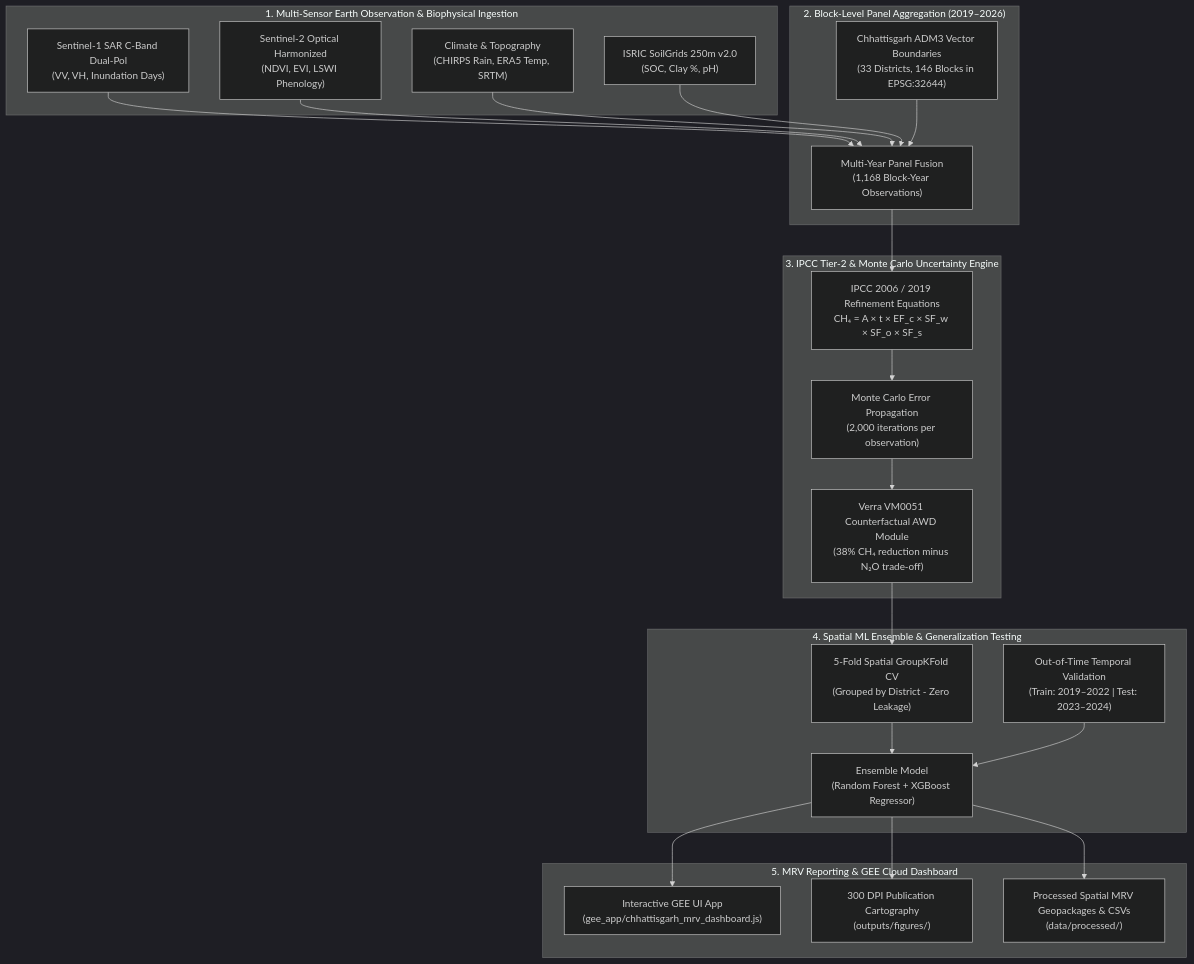
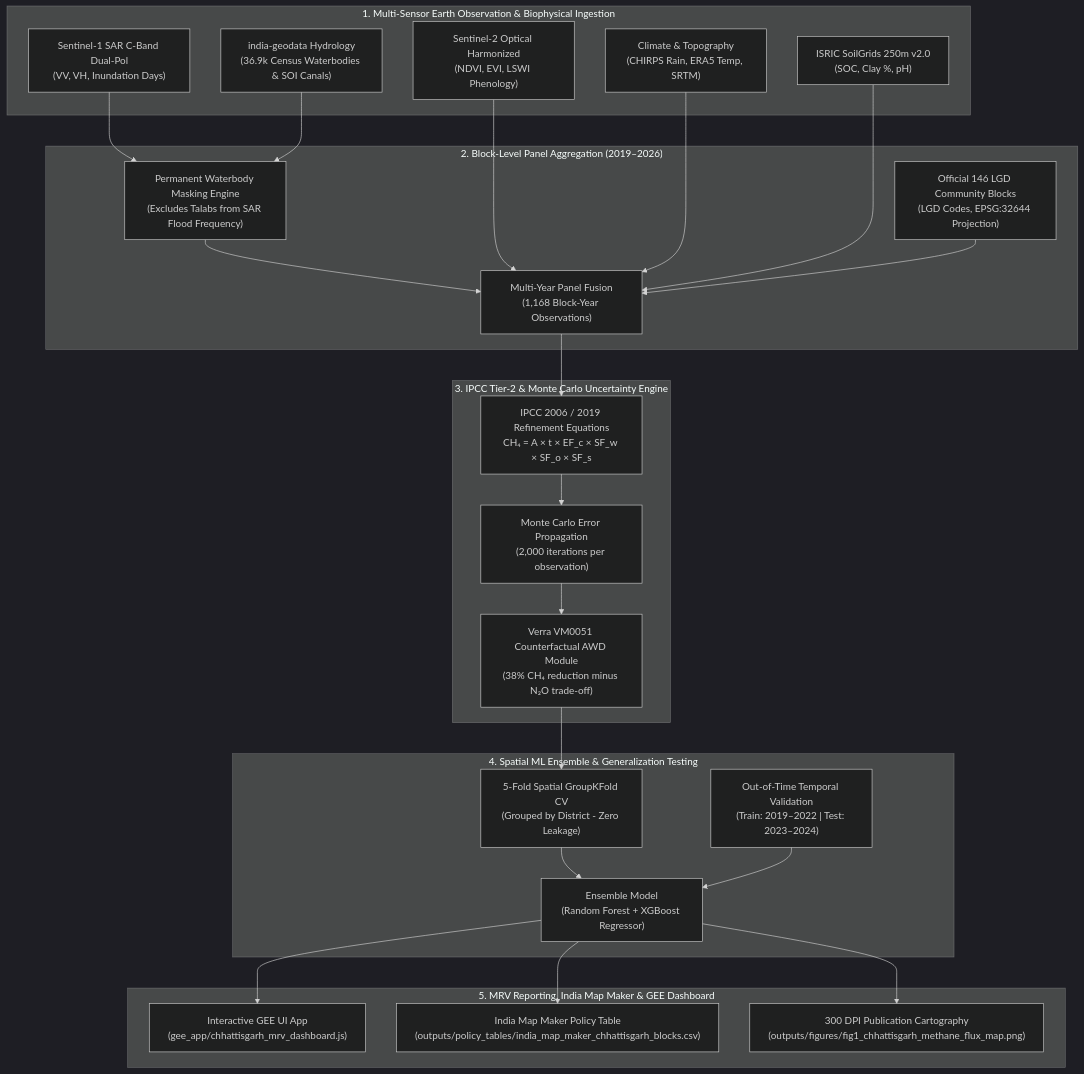
Before and after one commit to akshit-rgb/Chhattisgarh-Rice-Methane-MRV-project: the diagram in README.md, drawn with Mermaid (dark theme). The commit also changed other lines of this file and 24 other files, not shown here.

Commit message:
feat(geodata): integrate official LGD blocks, WRIS hydrology & permanent waterbody masking from india-geodata

````diff
--- a/README.md
+++ b/README.md
@@ -17,46 +21,50 @@
 ```mermaid
 flowchart TD
     subgraph Multi_Source_Sensing["1. Multi-Sensor Earth Observation & Biophysical Ingestion"]
         S1["Sentinel-1 SAR C-Band Dual-Pol<br/>(VV, VH, Inundation Days)"]
         S2["Sentinel-2 Optical Harmonized<br/>(NDVI, EVI, LSWI Phenology)"]
         CLIM["Climate & Topography<br/>(CHIRPS Rain, ERA5 Temp, SRTM)"]
         SOIL["ISRIC SoilGrids 250m v2.0<br/>(SOC, Clay %, pH)"]
+        HYDRO["india-geodata Hydrology<br/>(36.9k Census Waterbodies & SOI Canals)"]
     end
 
     subgraph Feature_Engineering["2. Block-Level Panel Aggregation (2019–2026)"]
-        GADM["Chhattisgarh ADM3 Vector Boundaries<br/>(33 Districts, 146 Blocks in EPSG:32644)"]
+        LGD["Official 146 LGD Community Blocks<br/>(LGD Codes, EPSG:32644 Projection)"]
+        MASK["Permanent Waterbody Masking Engine<br/>(Excludes Talabs from SAR Flood Frequency)"]
         PANEL["Multi-Year Panel Fusion<br/>(1,168 Block-Year Observations)"]
-        S1 --> PANEL
+        S1 --> MASK
+        HYDRO --> MASK
+        MASK --> PANEL
         S2 --> PANEL
         CLIM --> PANEL
         SOIL --> PANEL
-        GADM --> PANEL
+        LGD --> PANEL
     end
 
     subgraph IPCC_Accounting["3. IPCC Tier-2 & Monte Carlo Uncertainty Engine"]
         TIER2["IPCC 2006 / 2019 Refinement Equations<br/>CH₄ = A × t × EF_c × SF_w × SF_o × SF_s"]
         MC["Monte Carlo Error Propagation<br/>(2,000 iterations per observation)"]
         AWD["Verra VM0051 Counterfactual AWD Module<br/>(38% CH₄ reduction minus N₂O trade-off)"]
         PANEL --> TIER2
         TIER2 --> MC
         MC --> AWD
     end
 
     subgraph Spatial_ML["4. Spatial ML Ensemble & Generalization Testing"]
         SKF["5-Fold Spatial GroupKFold CV<br/>(Grouped by District - Zero Leakage)"]
         OOT["Out-of-Time Temporal Validation<br/>(Train: 2019–2022 | Test: 2023–2024)"]
         ENS["Ensemble Model<br/>(Random Forest + XGBoost Regressor)"]
         AWD --> SKF
         SKF --> ENS
         OOT --> ENS
     end
 
-    subgraph Deliverables["5. MRV Reporting & GEE Cloud Dashboard"]
+    subgraph Deliverables["5. MRV Reporting, India Map Maker & GEE Dashboard"]
         DASH["Interactive GEE UI App<br/>(gee_app/chhattisgarh_mrv_dashboard.js)"]
-        FIGS["300 DPI Publication Cartography<br/>(outputs/figures/)"]
-        DATA["Processed Spatial MRV Geopackages & CSVs<br/>(data/processed/)"]
+        MAPMAKER["India Map Maker Policy Table<br/>(outputs/policy_tables/india_map_maker_chhattisgarh_blocks.csv)"]
+        FIGS["300 DPI Publication Cartography<br/>(outputs/figures/fig1_chhattisgarh_methane_flux_map.png)"]
         ENS --> DASH
+        ENS --> MAPMAKER
         ENS --> FIGS
-        ENS --> DATA
     end
 ```
````
